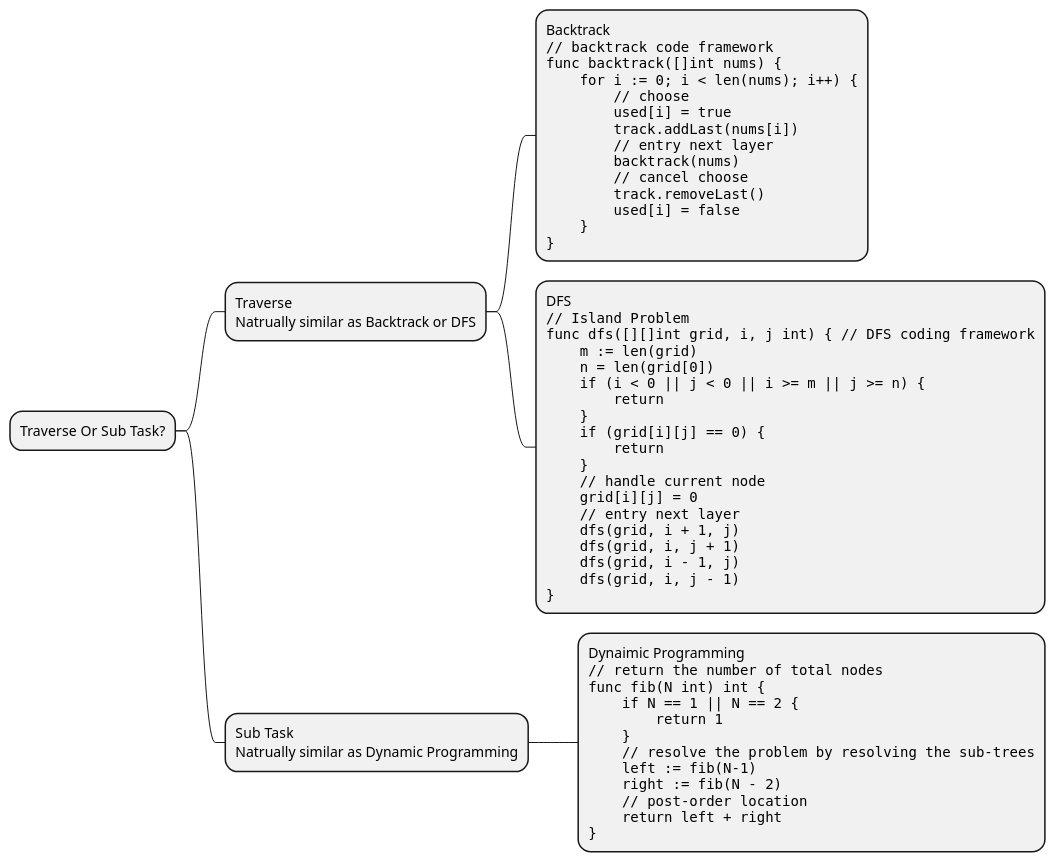
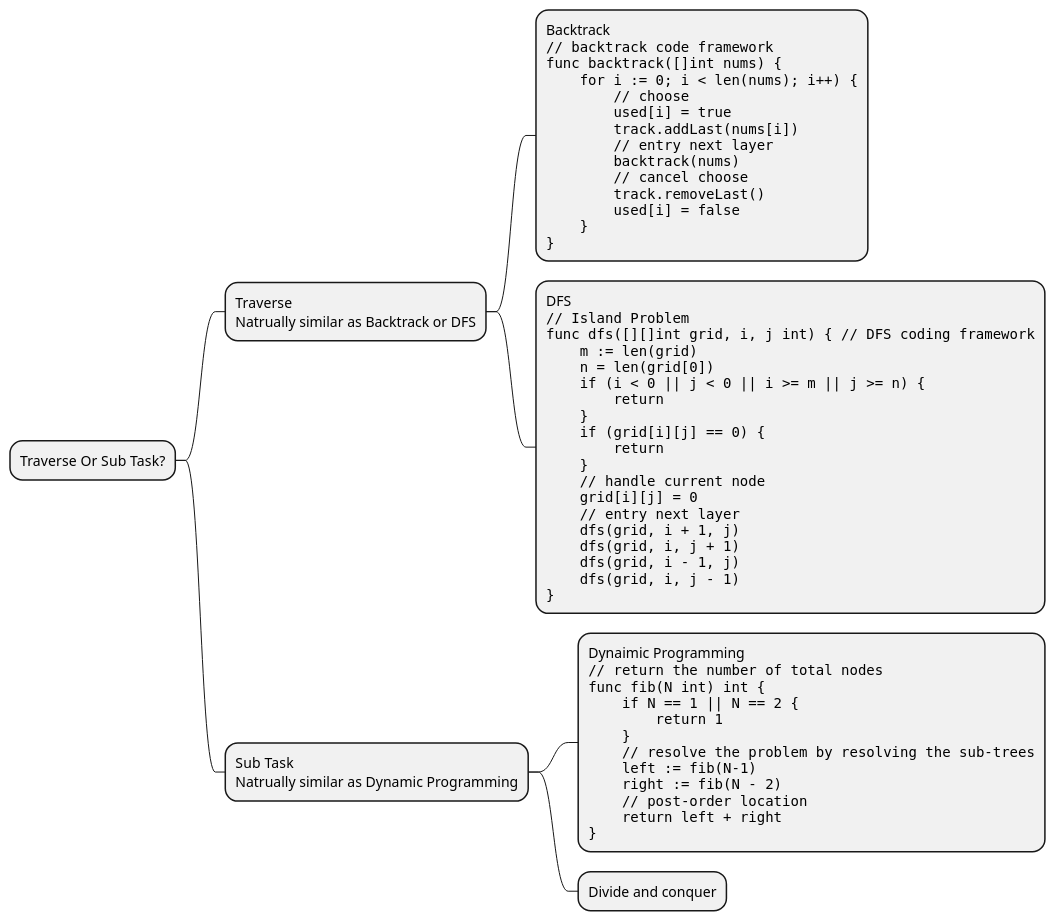
Before and after one commit to brofu/notes-algorithm: the fourth of 4 diagrams in 01-data_structures/200-tree.md, drawn with PlantUML. The commit also changed other lines of this file, not shown here.

Commit message:
1. Key points of pre,in and post order traverser; 2. Two approaches of 'traverse' and 'sub task' patterns, and 'Backtrack', 'DFS', 'Dynamic Programming' core code framework

````diff
--- a/01-data_structures/200-tree.md
+++ b/01-data_structures/200-tree.md
@@ -342,67 +342,71 @@
 ```uml
 @startmindmap
 
 * Traverse Or Sub Task?
 
 **:Traverse 
 Natrually similar as Backtrack or DFS;
 
 ***:Backtrack
 <code>
 // backtrack code framework
 func backtrack([]int nums) { 
     for i := 0; i < len(nums); i++) {
         // choose
         used[i] = true
         track.addLast(nums[i])
         // entry next layer
         backtrack(nums)
         // cancel choose
         track.removeLast()
         used[i] = false
     }
 }
 </code>;
 
 ***:DFS
 <code>
 // Island Problem
 func dfs([][]int grid, i, j int) { // DFS coding framework
     m := len(grid)
     n = len(grid[0])
     if (i < 0 || j < 0 || i >= m || j >= n) {
         return
     }
     if (grid[i][j] == 0) {
         return
     }
     // handle current node
     grid[i][j] = 0
     // entry next layer
     dfs(grid, i + 1, j)
     dfs(grid, i, j + 1)
     dfs(grid, i - 1, j)
     dfs(grid, i, j - 1)
 }
 </code>;
 
 **:Sub Task
 Natrually similar as Dynamic Programming;
 
 ***:Dynaimic Programming
 <code>
 // return the number of total nodes
 func fib(N int) int {
     if N == 1 || N == 2 {
         return 1
     }
     // resolve the problem by resolving the sub-trees
     left := fib(N-1)
     right := fib(N - 2)
     // post-order location
     return left + right
 }
 </code>;
 
+***:Divide and conquer
+<code>
+</code>;
+
 @endmindmap
 ```
````
